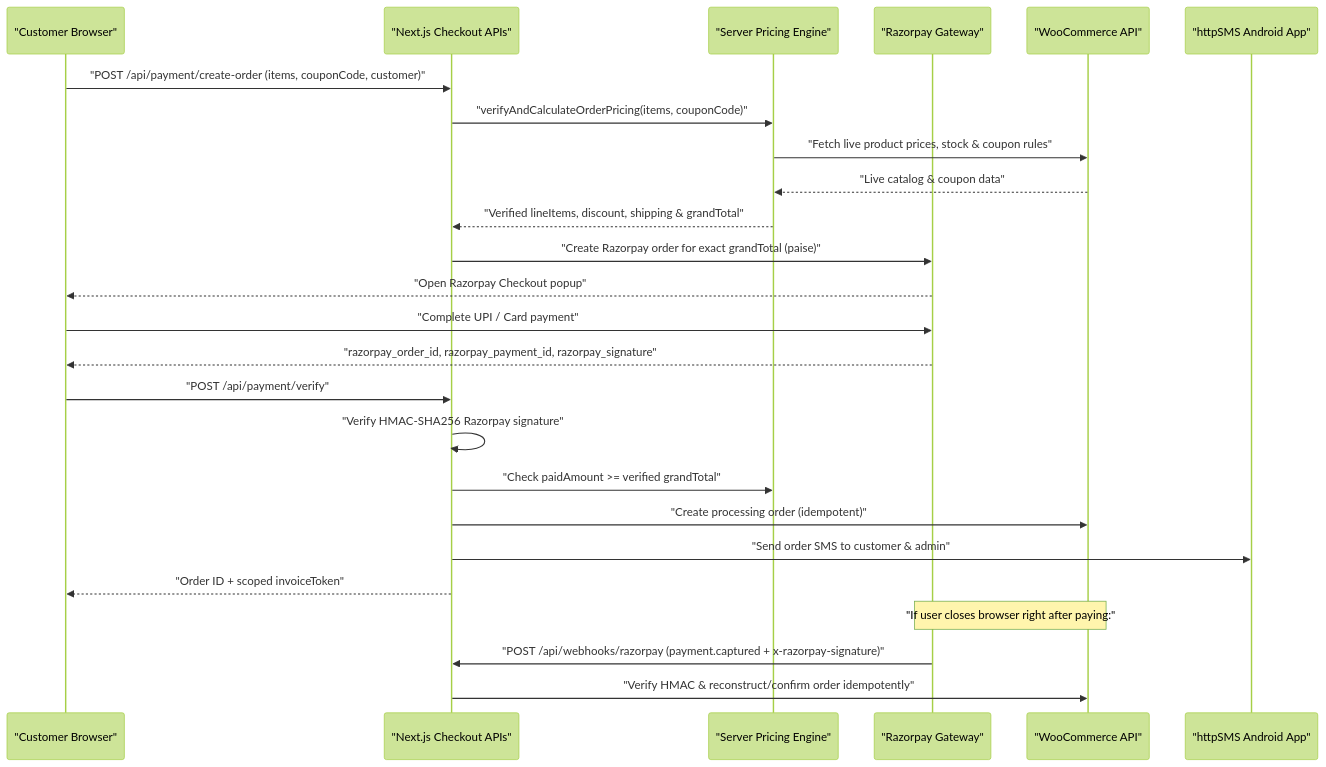
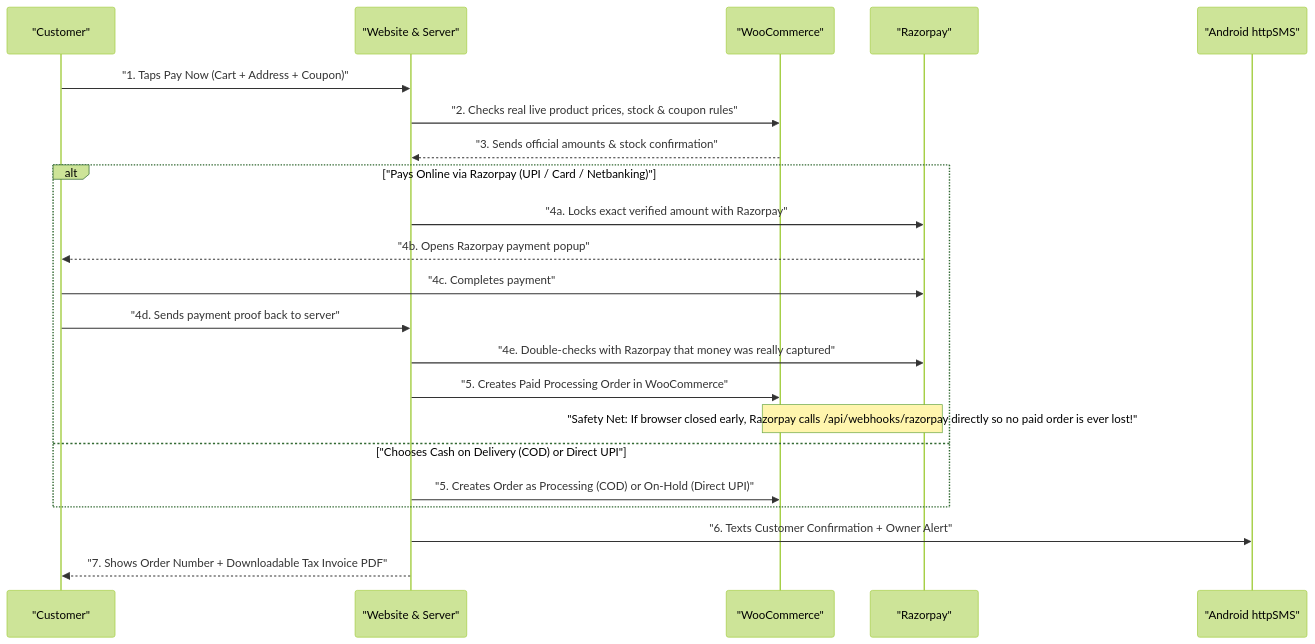
One commit to ashok135/interesting changed the third of 5 diagrams in PROJECT_ARCHITECTURE_GUIDE.md. Above: the diagram before and after it, drawn with Mermaid (forest theme). The commit also changed other lines of this file and 3 other files, not shown here.

Commit message:
docs: human-friendly README with architecture diagrams

````diff
--- a/PROJECT_ARCHITECTURE_GUIDE.md
+++ b/PROJECT_ARCHITECTURE_GUIDE.md
@@ -93,29 +102,27 @@
 ```mermaid
 sequenceDiagram
-    participant U as "Customer Browser"
-    participant API as "Next.js Checkout APIs"
-    participant Price as "Server Pricing Engine"
-    participant RZP as "Razorpay Gateway"
-    participant WC as "WooCommerce API"
-    participant SMS as "httpSMS Android App"
+    participant C as "Customer"
+    participant Site as "Website & Server"
+    participant Woo as "WooCommerce"
+    participant RZP as "Razorpay"
+    participant SMS as "Android httpSMS"
 
-    U->>API: "POST /api/payment/create-order (items, couponCode, customer)"
-    API->>Price: "verifyAndCalculateOrderPricing(items, couponCode)"
-    Price->>WC: "Fetch live product prices, stock & coupon rules"
-    WC-->>Price: "Live catalog & coupon data"
-    Price-->>API: "Verified lineItems, discount, shipping & grandTotal"
-    API->>RZP: "Create Razorpay order for exact grandTotal (paise)"
-    RZP-->>U: "Open Razorpay Checkout popup"
-    U->>RZP: "Complete UPI / Card payment"
-    RZP-->>U: "razorpay_order_id, razorpay_payment_id, razorpay_signature"
-    U->>API: "POST /api/payment/verify"
-    API->>API: "Verify HMAC-SHA256 Razorpay signature"
-    API->>Price: "Check paidAmount >= verified grandTotal"
-    API->>WC: "Create processing order (idempotent)"
-    API->>SMS: "Send order SMS to customer & admin"
-    API-->>U: "Order ID + scoped invoiceToken"
+    C->>Site: "1. Taps Pay Now (Cart + Address + Coupon)"
+    Site->>Woo: "2. Checks real live product prices, stock & coupon rules"
+    Woo-->>Site: "3. Sends official amounts & stock confirmation"
 
-    Note over RZP,WC: "If user closes browser right after paying:"
-    RZP->>API: "POST /api/webhooks/razorpay (payment.captured + x-razorpay-signature)"
-    API->>WC: "Verify HMAC & reconstruct/confirm order idempotently"
+    alt "Pays Online via Razorpay (UPI / Card / Netbanking)"
+        Site->>RZP: "4a. Locks exact verified amount with Razorpay"
+        RZP-->>C: "4b. Opens Razorpay payment popup"
+        C->>RZP: "4c. Completes payment"
+        C->>Site: "4d. Sends payment proof back to server"
+        Site->>RZP: "4e. Double-checks with Razorpay that money was really captured"
+        Site->>Woo: "5. Creates Paid Processing Order in WooCommerce"
+        Note over RZP,Woo: "Safety Net: If browser closed early, Razorpay calls /api/webhooks/razorpay directly so no paid order is ever lost!"
+    else "Chooses Cash on Delivery (COD) or Direct UPI"
+        Site->>Woo: "5. Creates Order as Processing (COD) or On-Hold (Direct UPI)"
+    end
+
+    Site->>SMS: "6. Texts Customer Confirmation + Owner Alert"
+    Site-->>C: "7. Shows Order Number + Downloadable Tax Invoice PDF"
 ```
````
